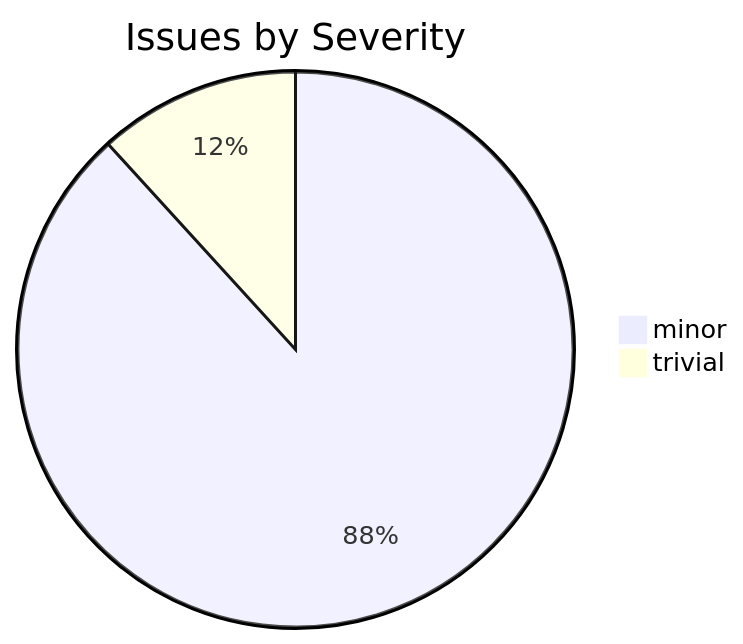
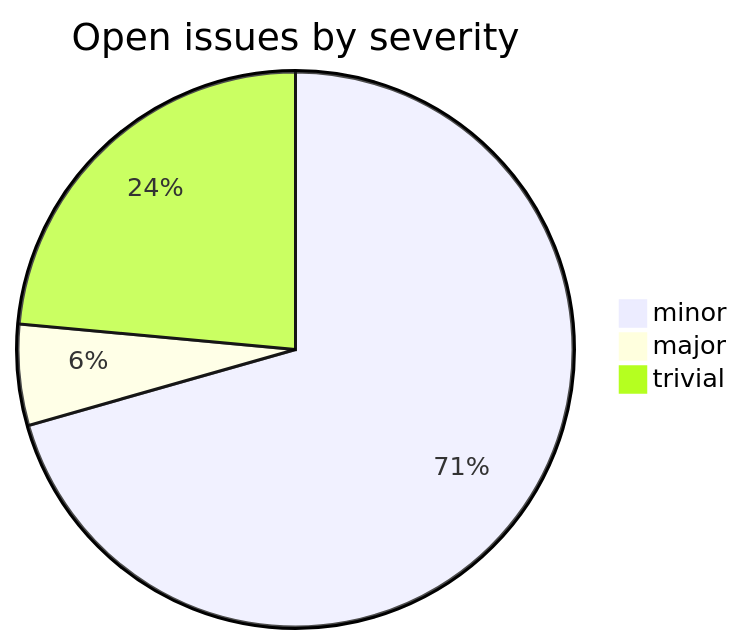
The second of 2 diagrams in README.md (sanskrit-lexicon/csl-devanagari), drawn with Mermaid before and after one commit. The commit also changed other lines of this file, not shown here.

````diff
--- a/README.md
+++ b/README.md
@@ -27,5 +39,6 @@
 ```mermaid
-pie title Issues by Severity
-    "minor" : 30
+pie title Open issues by severity
+    "minor" : 12
+    "major" : 1
     "trivial" : 4
 ```
````
